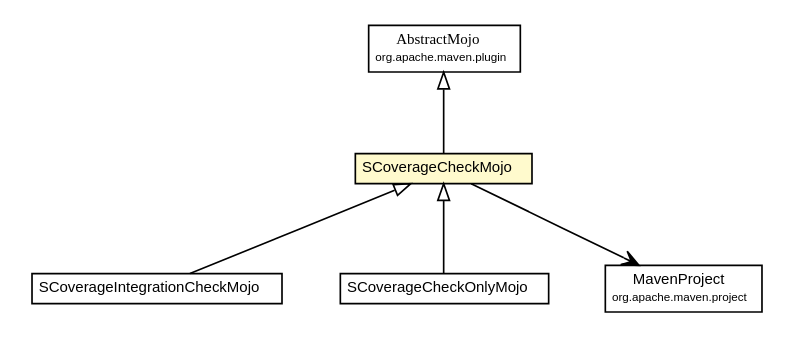
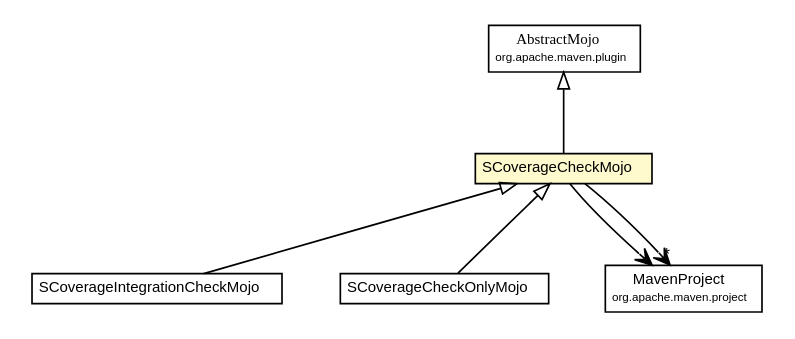
Before and after one commit to scoverage/scoverage-maven-plugin: the diagram in 1.1.0-SNAPSHOT/apidocs/org/scoverage/plugin/SCoverageCheckMojo.dot, drawn with Graphviz. The commit also changed 111 other files, not shown here.

```diff
--- a/1.1.0-SNAPSHOT/apidocs/org/scoverage/plugin/SCoverageCheckMojo.dot
+++ b/1.1.0-SNAPSHOT/apidocs/org/scoverage/plugin/SCoverageCheckMojo.dot
@@ -1,52 +1,54 @@
 #!/usr/local/bin/dot
 #
 # Class diagram 
 # Generated by UMLGraph version R5_6-24-gf6e263 (http://www.umlgraph.org/)
 #
 
 digraph G {
 	edge [fontname="arial",fontsize=10,labelfontname="arial",labelfontsize=10];
 	node [fontname="arial",fontsize=10,shape=plaintext];
 	nodesep=0.25;
 	ranksep=0.5;
 	// org.scoverage.plugin.SCoverageIntegrationCheckMojo
-	c61 [label=<<table title="org.scoverage.plugin.SCoverageIntegrationCheckMojo" border="0" cellborder="1" cellspacing="0" cellpadding="2" port="p" href="./SCoverageIntegrationCheckMojo.html">
+	c64 [label=<<table title="org.scoverage.plugin.SCoverageIntegrationCheckMojo" border="0" cellborder="1" cellspacing="0" cellpadding="2" port="p" href="./SCoverageIntegrationCheckMojo.html">
 		<tr><td><table border="0" cellspacing="0" cellpadding="1">
 <tr><td align="center" balign="center"> SCoverageIntegrationCheckMojo </td></tr>
 		</table></td></tr>
 		</table>>, URL="./SCoverageIntegrationCheckMojo.html", fontname="arial", fontcolor="black", fontsize=9.0];
 	// org.scoverage.plugin.SCoverageCheckOnlyMojo
-	c62 [label=<<table title="org.scoverage.plugin.SCoverageCheckOnlyMojo" border="0" cellborder="1" cellspacing="0" cellpadding="2" port="p" href="./SCoverageCheckOnlyMojo.html">
+	c66 [label=<<table title="org.scoverage.plugin.SCoverageCheckOnlyMojo" border="0" cellborder="1" cellspacing="0" cellpadding="2" port="p" href="./SCoverageCheckOnlyMojo.html">
 		<tr><td><table border="0" cellspacing="0" cellpadding="1">
 <tr><td align="center" balign="center"> SCoverageCheckOnlyMojo </td></tr>
 		</table></td></tr>
 		</table>>, URL="./SCoverageCheckOnlyMojo.html", fontname="arial", fontcolor="black", fontsize=9.0];
 	// org.scoverage.plugin.SCoverageCheckMojo
-	c63 [label=<<table title="org.scoverage.plugin.SCoverageCheckMojo" border="0" cellborder="1" cellspacing="0" cellpadding="2" port="p" bgcolor="lemonChiffon" href="./SCoverageCheckMojo.html">
+	c67 [label=<<table title="org.scoverage.plugin.SCoverageCheckMojo" border="0" cellborder="1" cellspacing="0" cellpadding="2" port="p" bgcolor="lemonChiffon" href="./SCoverageCheckMojo.html">
 		<tr><td><table border="0" cellspacing="0" cellpadding="1">
 <tr><td align="center" balign="center"> SCoverageCheckMojo </td></tr>
 		</table></td></tr>
 		</table>>, URL="./SCoverageCheckMojo.html", fontname="arial", fontcolor="black", fontsize=9.0];
 	//org.scoverage.plugin.SCoverageIntegrationCheckMojo extends org.scoverage.plugin.SCoverageCheckMojo
-	c63:p -> c61:p [dir=back,arrowtail=empty];
+	c67:p -> c64:p [dir=back,arrowtail=empty];
 	//org.scoverage.plugin.SCoverageCheckOnlyMojo extends org.scoverage.plugin.SCoverageCheckMojo
-	c63:p -> c62:p [dir=back,arrowtail=empty];
+	c67:p -> c66:p [dir=back,arrowtail=empty];
 	//org.scoverage.plugin.SCoverageCheckMojo extends org.apache.maven.plugin.AbstractMojo
-	c64:p -> c63:p [dir=back,arrowtail=empty];
+	c68:p -> c67:p [dir=back,arrowtail=empty];
 	// org.scoverage.plugin.SCoverageCheckMojo NAVASSOC org.apache.maven.project.MavenProject
-	c63:p -> c89:p [taillabel="", label="", headlabel="", fontname="arial", fontcolor="black", fontsize=10.0, color="black", arrowhead=open];
+	c67:p -> c93:p [taillabel="", label="", headlabel="", fontname="arial", fontcolor="black", fontsize=10.0, color="black", arrowhead=open];
+	// org.scoverage.plugin.SCoverageCheckMojo NAVASSOC org.apache.maven.project.MavenProject
+	c67:p -> c93:p [taillabel="", label="", headlabel="*", fontname="arial", fontcolor="black", fontsize=10.0, color="black", arrowhead=open];
+	// org.apache.maven.project.MavenProject
+	c93 [label=<<table title="org.apache.maven.project.MavenProject" border="0" cellborder="1" cellspacing="0" cellpadding="2" port="p" href="http://maven.apache.org/ref/2.2.1/maven-project/apidocs/org/apache/maven/project/MavenProject.html">
+		<tr><td><table border="0" cellspacing="0" cellpadding="1">
+<tr><td align="center" balign="center"> MavenProject </td></tr>
+<tr><td align="center" balign="center"><font point-size="7.0"> org.apache.maven.project </font></td></tr>
+		</table></td></tr>
+		</table>>, URL="http://maven.apache.org/ref/2.2.1/maven-project/apidocs/org/apache/maven/project/MavenProject.html", fontname="arial", fontcolor="black", fontsize=9.0];
 	// org.apache.maven.plugin.AbstractMojo
-	c64 [label=<<table title="org.apache.maven.plugin.AbstractMojo" border="0" cellborder="1" cellspacing="0" cellpadding="2" port="p" href="http://maven.apache.org/ref/2.2.1/maven-plugin-api/apidocs/org/apache/maven/plugin/AbstractMojo.html">
+	c68 [label=<<table title="org.apache.maven.plugin.AbstractMojo" border="0" cellborder="1" cellspacing="0" cellpadding="2" port="p" href="http://maven.apache.org/ref/2.2.1/maven-plugin-api/apidocs/org/apache/maven/plugin/AbstractMojo.html">
 		<tr><td><table border="0" cellspacing="0" cellpadding="1">
 <tr><td align="center" balign="center"><font face="arial italic"> AbstractMojo </font></td></tr>
 <tr><td align="center" balign="center"><font point-size="7.0"> org.apache.maven.plugin </font></td></tr>
 		</table></td></tr>
 		</table>>, URL="http://maven.apache.org/ref/2.2.1/maven-plugin-api/apidocs/org/apache/maven/plugin/AbstractMojo.html", fontname="arial", fontcolor="black", fontsize=9.0];
-	// org.apache.maven.project.MavenProject
-	c89 [label=<<table title="org.apache.maven.project.MavenProject" border="0" cellborder="1" cellspacing="0" cellpadding="2" port="p">
-		<tr><td><table border="0" cellspacing="0" cellpadding="1">
-<tr><td align="center" balign="center"> MavenProject </td></tr>
-<tr><td align="center" balign="center"><font point-size="7.0"> org.apache.maven.project </font></td></tr>
-		</table></td></tr>
-		</table>>, URL="null", fontname="arial", fontcolor="black", fontsize=9.0];
 }
```
